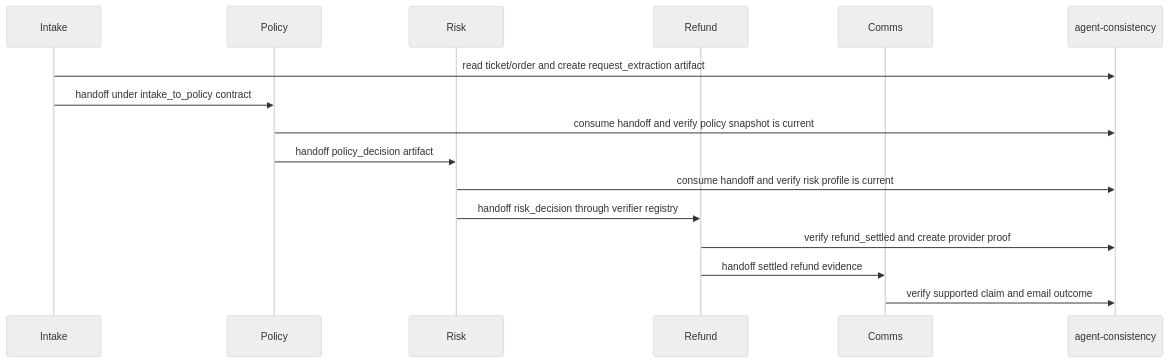
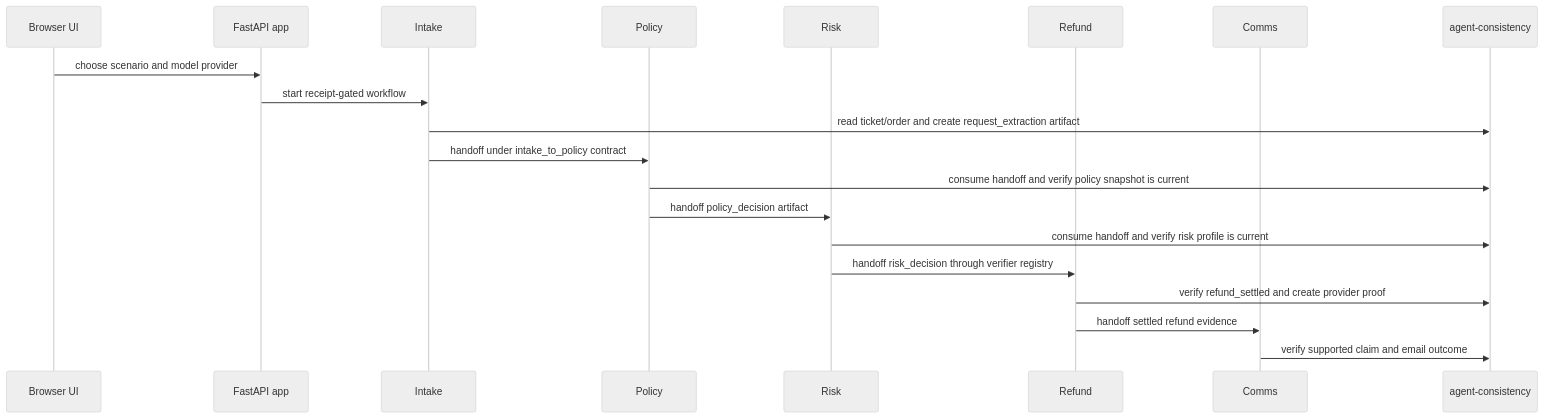
Before and after one commit to karimbaidar/agent-consistency-refund-demo: the diagram in README.md, drawn with Mermaid (neutral theme). The commit also changed other lines of this file and 26 other files, not shown here.

````diff
--- a/README.md
+++ b/README.md
@@ -143,19 +160,23 @@
 ```mermaid
 sequenceDiagram
+    participant UI as Browser UI
+    participant API as FastAPI app
     participant Intake
     participant Policy
     participant Risk
     participant Refund
     participant Comms
     participant AC as agent-consistency
 
+    UI->>API: choose scenario and model provider
+    API->>Intake: start receipt-gated workflow
     Intake->>AC: read ticket/order and create request_extraction artifact
     Intake->>Policy: handoff under intake_to_policy contract
     Policy->>AC: consume handoff and verify policy snapshot is current
     Policy->>Risk: handoff policy_decision artifact
     Risk->>AC: consume handoff and verify risk profile is current
     Risk->>Refund: handoff risk_decision through verifier registry
     Refund->>AC: verify refund_settled and create provider proof
     Refund->>Comms: handoff settled refund evidence
     Comms->>AC: verify supported claim and email outcome
 ```
````
